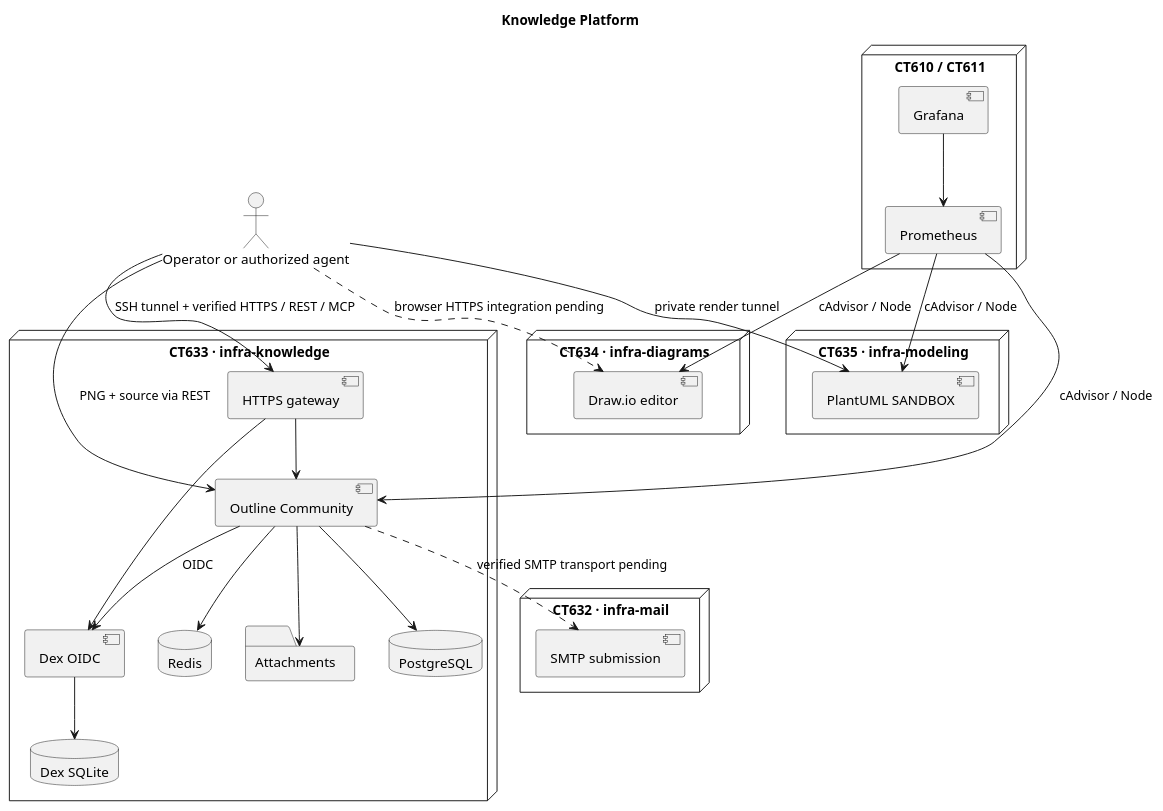
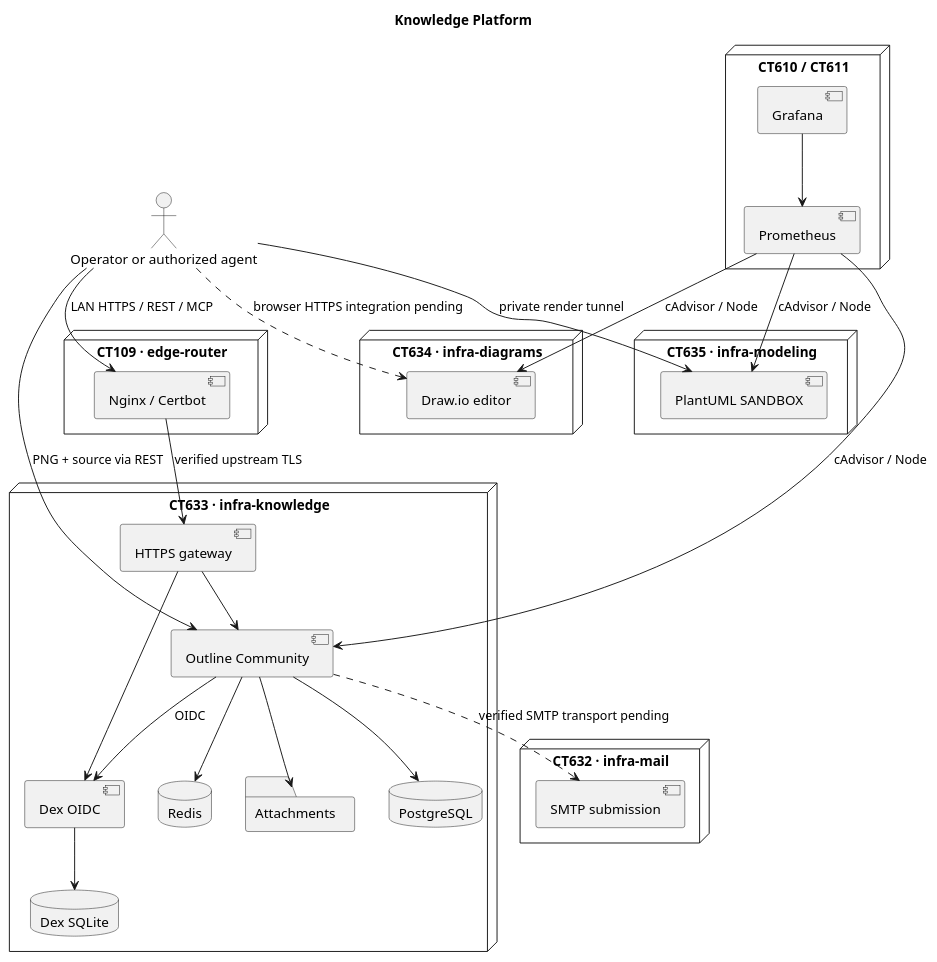
Before and after one commit to eduardo152030/mailerblend-platform-infra: the diagram in terraform/proxmox/docs/runbooks/knowledge-platform/architecture.puml, drawn with PlantUML. The commit also changed 14 other files, not shown here.

```diff
--- a/terraform/proxmox/docs/runbooks/knowledge-platform/architecture.puml
+++ b/terraform/proxmox/docs/runbooks/knowledge-platform/architecture.puml
@@ -1,42 +1,46 @@
 @startuml
 title Knowledge Platform
 actor "Operator or authorized agent" as user
+node "CT109 · edge-router" {
+  component "Nginx / Certbot" as edge
+}
 node "CT633 · infra-knowledge" {
   component "HTTPS gateway" as gateway
   component "Dex OIDC" as dex
   component "Outline Community" as wiki
   database PostgreSQL as pg
   database Redis
   folder Attachments
   database "Dex SQLite" as sqlite
 }
 node "CT634 · infra-diagrams" {
   component "Draw.io editor" as draw
 }
 node "CT635 · infra-modeling" {
   component "PlantUML SANDBOX" as plant
 }
 node "CT632 · infra-mail" {
   component "SMTP submission" as mail
 }
 node "CT610 / CT611" {
   component Prometheus
   component Grafana
 }
-user --> gateway : SSH tunnel + verified HTTPS / REST / MCP
+user --> edge : LAN HTTPS / REST / MCP
+edge --> gateway : verified upstream TLS
 gateway --> wiki
 gateway --> dex
 wiki --> dex : OIDC
 wiki --> pg
 wiki --> Redis
 wiki --> Attachments
 dex --> sqlite
 user --> plant : private render tunnel
 user --> wiki : PNG + source via REST
 user ..> draw : browser HTTPS integration pending
 wiki ..> mail : verified SMTP transport pending
 Prometheus --> plant : cAdvisor / Node
 Prometheus --> wiki : cAdvisor / Node
 Prometheus --> draw : cAdvisor / Node
 Grafana --> Prometheus
 @enduml
```
